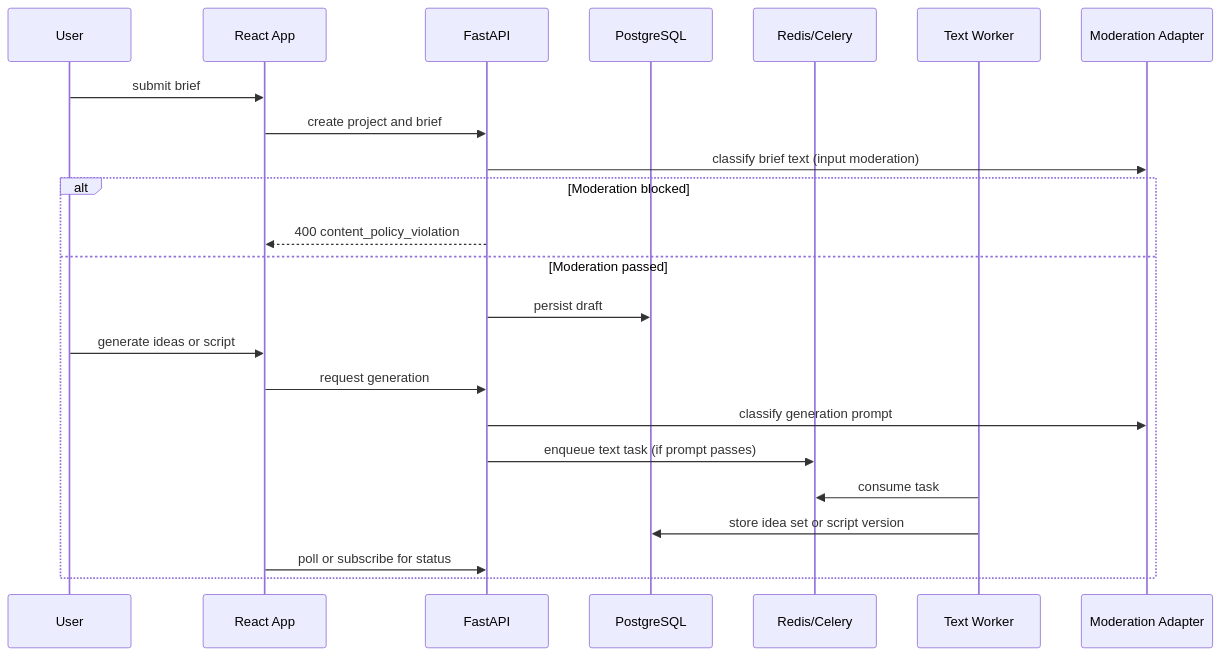
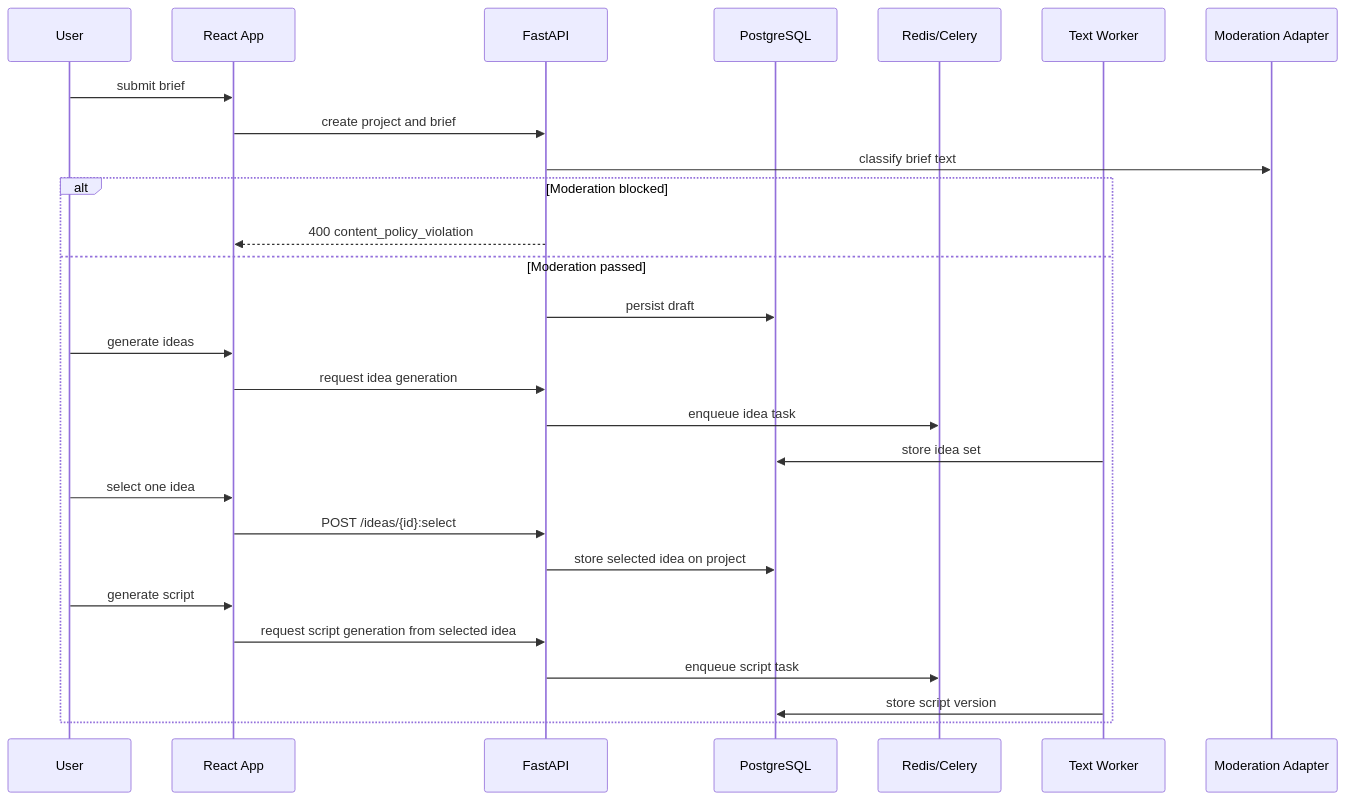
Before and after one commit to MdRahmatUllah/gen-reels: the diagram in docs/phases/phase-1-foundation/02-architecture.md, drawn with Mermaid. The commit also changed other lines of this file and 49 other files, not shown here.

Commit message:
docs: initialize project documentation including architecture, implementation plans, and phase roadmaps

````diff
--- a/docs/phases/phase-1-foundation/02-architecture.md
+++ b/docs/phases/phase-1-foundation/02-architecture.md
@@ -17,26 +18,30 @@
 ```mermaid
 sequenceDiagram
     participant U as User
     participant FE as React App
     participant API as FastAPI
     participant DB as PostgreSQL
     participant Q as Redis/Celery
     participant W as Text Worker
     participant Mod as Moderation Adapter
 
     U->>FE: submit brief
     FE->>API: create project and brief
-    API->>Mod: classify brief text (input moderation)
+    API->>Mod: classify brief text
     alt Moderation blocked
         API-->>FE: 400 content_policy_violation
     else Moderation passed
         API->>DB: persist draft
-        U->>FE: generate ideas or script
-        FE->>API: request generation
-        API->>Mod: classify generation prompt
-        API->>Q: enqueue text task (if prompt passes)
-        W->>Q: consume task
-        W->>DB: store idea set or script version
-        FE->>API: poll or subscribe for status
+        U->>FE: generate ideas
+        FE->>API: request idea generation
+        API->>Q: enqueue idea task
+        W->>DB: store idea set
+        U->>FE: select one idea
+        FE->>API: POST /ideas/{id}:select
+        API->>DB: store selected idea on project
+        U->>FE: generate script
+        FE->>API: request script generation from selected idea
+        API->>Q: enqueue script task
+        W->>DB: store script version
     end
 ```
````
